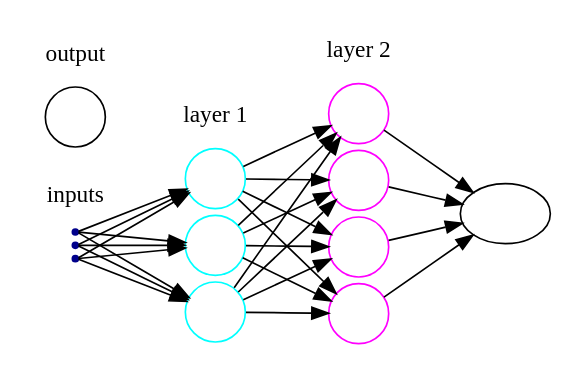
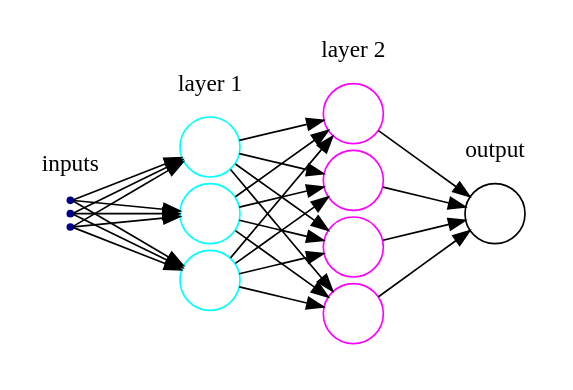
One commit to UWDIRECT/UWDIRECT.github.io changed the diagram in Wi18_content/DSMCER/slidegen/mpl.dot. Above: the diagram before and after it, drawn with Graphviz. The commit also changed 3 other files, not shown here.

```diff
--- a/Wi18_content/DSMCER/slidegen/mpl.dot
+++ b/Wi18_content/DSMCER/slidegen/mpl.dot
@@ -1,64 +1,64 @@
 
 digraph G {
 
         rankdir=LR
 	    splines=line
         nodesep=.05;
         
         node [label=""];
         
         subgraph cluster_0 {
 		color=white;
                 node [style=solid,color=blue4, shape=point];
 		x1 x2 x3;
 		label = "inputs";
 	}
 
 	subgraph cluster_1 {
 		color=white;
 		node [style=solid,color=cyan, shape=circle];
 		l1_1 l1_2 l1_3;
 		label = "layer 1";
 	}
 
 	subgraph cluster_2 {
 		color=white;
 		node [style=solid,color=magenta, shape=circle];
 		l2_1 l2_2 l2_3 l2_4;
 		label = "layer 2";
 	}
 
 	subgraph cluster_3 {
 		color=white;
 		node [style=solid,color=black, shape=circle];
 		o1
 		label="output";
 	}
 
     x1 -> l1_1
     x1 -> l1_2
     x1 -> l1_3
     x2 -> l1_1
     x2 -> l1_2
     x2 -> l1_3
     x3 -> l1_1
     x3 -> l1_2
     x3 -> l1_3
     l1_1 -> l2_1
     l1_1 -> l2_2
     l1_1 -> l2_3
     l1_1 -> l2_4
     l1_2 -> l2_1
     l1_2 -> l2_2
     l1_2 -> l2_3
     l1_2 -> l2_4
     l1_3 -> l2_1
     l1_3 -> l2_2
     l1_3 -> l2_3
     l1_3 -> l2_4
-    l2_1 -> output
-    l2_2 -> output
-    l2_3 -> output
-    l2_4 -> output
+    l2_1 -> o1
+    l2_2 -> o1
+    l2_3 -> o1
+    l2_4 -> o1
 
 }
```
